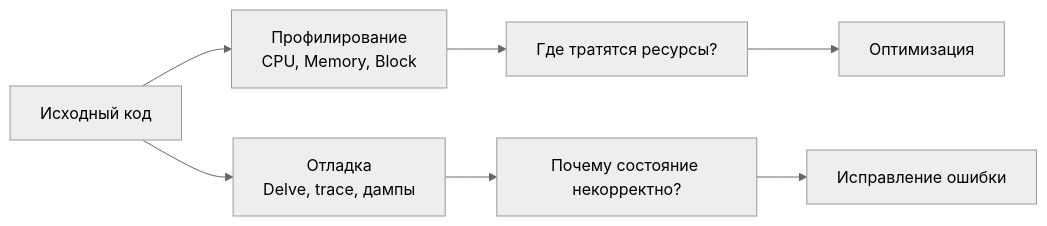
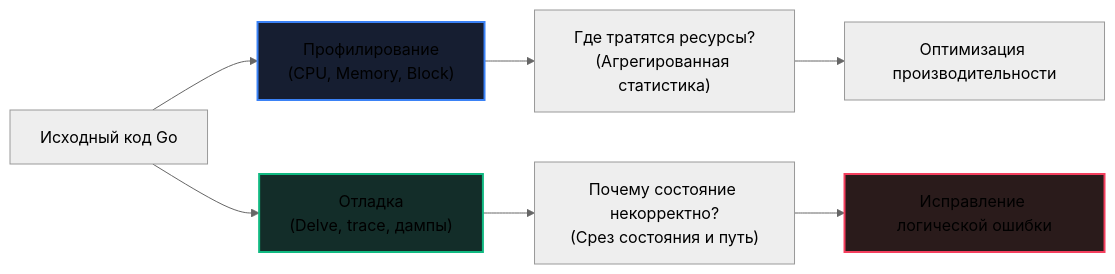
Before and after one commit to UnrealTemplier/go-textbook: the first of 2 diagrams in sources/16. Профилирование, отладка и производительность/11. Debugging/1. Debugging в Go.md, drawn with Mermaid (neutral theme). The commit also changed other lines of this file, not shown here.

````diff
--- a/sources/16. Профилирование, отладка и производительность/11. Debugging/1. Debugging в Go.md
+++ b/sources/16. Профилирование, отладка и производительность/11. Debugging/1. Debugging в Go.md
@@ -18,9 +28,15 @@
 ```mermaid
 flowchart LR
-    Code["Исходный код"] --> Profile["Профилирование<br>CPU, Memory, Block"]
-    Code --> Debug["Отладка<br>Delve, trace, дампы"]
-    Profile --> Question1["Где тратятся ресурсы?"]
-    Debug --> Question2["Почему состояние некорректно?"]
-    Question1 --> Optimize["Оптимизация"]
-    Question2 --> Fix["Исправление ошибки"]
+    Code["Исходный код Go"] --> Profile["Профилирование<br>(CPU, Memory, Block)"]
+    Code --> Debug["Отладка<br>(Delve, trace, дампы)"]
+    
+    Profile --> Question1["Где тратятся ресурсы?<br>(Агрегированная статистика)"]
+    Debug --> Question2["Почему состояние некорректно?<br>(Срез состояния и путь)"]
+    
+    Question1 --> Optimize["Оптимизация производительности"]
+    Question2 --> Fix["Исправление логической ошибки"]
+    
+    style Profile fill:#161e31,stroke:#3b82f6,stroke-width:2px
+    style Debug fill:#132d29,stroke:#10b981,stroke-width:2px
+    style Fix fill:#2a1b1b,stroke:#f43f5e,stroke-width:2px
 ```
````
